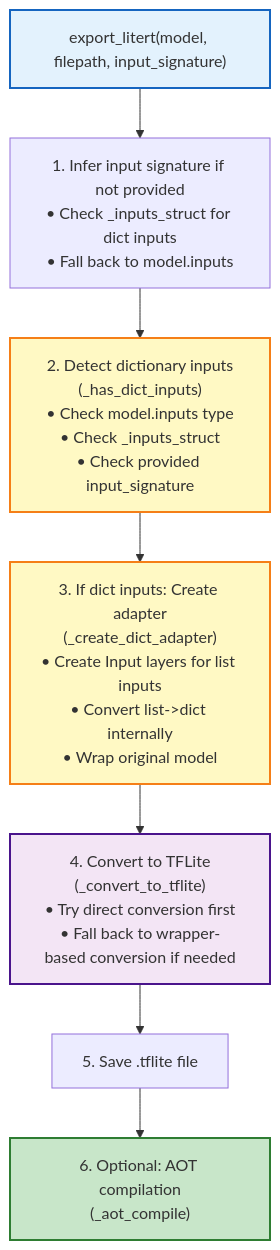
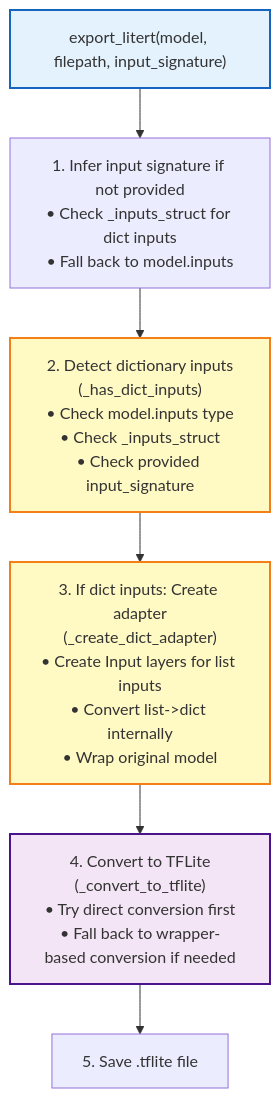
Before and after one commit to pctablet505/litert-export-docs: the second of 5 diagrams in LiteRT Export design doc reviewed.md, drawn with Mermaid. The commit also changed other lines of this file and 2 other files, not shown here.

````diff
--- a/LiteRT Export design doc reviewed.md
+++ b/LiteRT Export design doc reviewed.md
@@ -257,23 +255,20 @@
 ```mermaid
 flowchart TD
     A["export_litert(model, filepath, input_signature)"]
     B["1. Infer input signature if not provided<br/>• Check _inputs_struct for dict inputs<br/>• Fall back to model.inputs"]
     C["2. Detect dictionary inputs<br/>(_has_dict_inputs)<br/>• Check model.inputs type<br/>• Check _inputs_struct<br/>• Check provided input_signature"]
     D["3. If dict inputs: Create adapter<br/>(_create_dict_adapter)<br/>• Create Input layers for list inputs<br/>• Convert list->dict internally<br/>• Wrap original model"]
     E["4. Convert to TFLite<br/>(_convert_to_tflite)<br/>• Try direct conversion first<br/>• Fall back to wrapper-based conversion if needed"]
     F["5. Save .tflite file"]
-    G["6. Optional: AOT compilation<br/>(_aot_compile)"]
     
     A --> B
     B --> C
     C --> D
     D --> E
     E --> F
-    F --> G
     
     style A fill:#e3f2fd,stroke:#1565c0,stroke-width:2px
     style C fill:#fff9c4,stroke:#f57f17,stroke-width:2px
     style D fill:#fff9c4,stroke:#f57f17,stroke-width:2px
     style E fill:#f3e5f5,stroke:#4a148c,stroke-width:2px
-    style G fill:#c8e6c9,stroke:#2e7d32,stroke-width:2px
 ```
````
